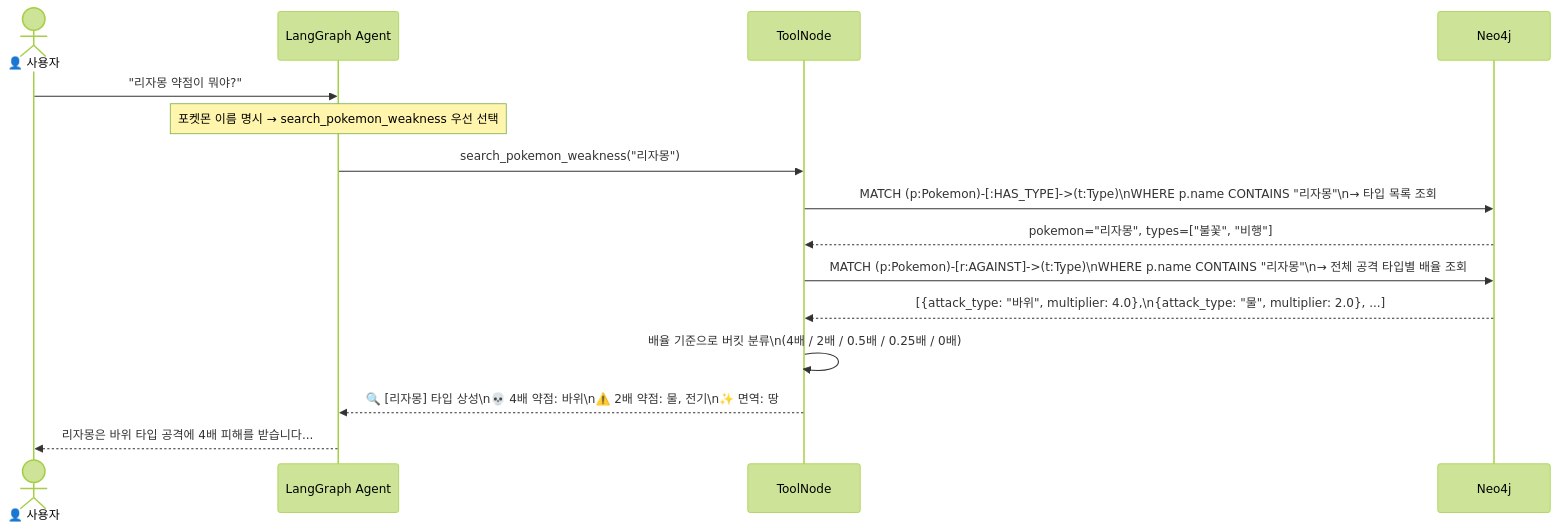
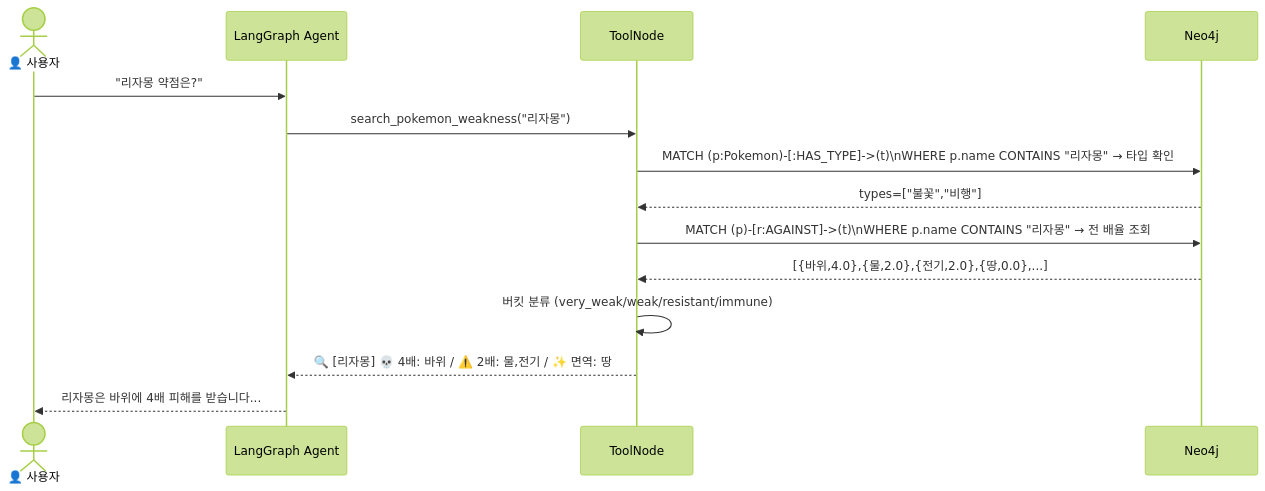
Before and after one commit to SKNETWORKS-FAMILY-AICAMP/SKN27-3rd-3TEAM: the seventh of 9 diagrams in docs/챗봇/04_시퀀스다이어그램.md, drawn with Mermaid (forest theme). The commit also changed other lines of this file and 10 other files, not shown here.

````diff
--- a/docs/챗봇/04_시퀀스다이어그램.md
+++ b/docs/챗봇/04_시퀀스다이어그램.md
@@ -137,23 +200,17 @@
 ```mermaid
 sequenceDiagram
     actor User as 👤 사용자
     participant AG as LangGraph Agent
     participant TN as ToolNode
     participant N4J as Neo4j
 
-    User->>AG: "리자몽 약점이 뭐야?"
-
-    Note over AG: 포켓몬 이름 명시 → search_pokemon_weakness 우선 선택
+    User->>AG: "리자몽 약점은?"
     AG->>TN: search_pokemon_weakness("리자몽")
-
-    TN->>N4J: MATCH (p:Pokemon)-[:HAS_TYPE]->(t:Type)\nWHERE p.name CONTAINS "리자몽"\n→ 타입 목록 조회
-    N4J-->>TN: pokemon="리자몽", types=["불꽃", "비행"]
-
-    TN->>N4J: MATCH (p:Pokemon)-[r:AGAINST]->(t:Type)\nWHERE p.name CONTAINS "리자몽"\n→ 전체 공격 타입별 배율 조회
-    N4J-->>TN: [{attack_type: "바위", multiplier: 4.0},\n{attack_type: "물", multiplier: 2.0}, ...]
-
-    TN->>TN: 배율 기준으로 버킷 분류\n(4배 / 2배 / 0.5배 / 0.25배 / 0배)
-    TN-->>AG: 🔍 [리자몽] 타입 상성\n💀 4배 약점: 바위\n⚠️ 2배 약점: 물, 전기\n✨ 면역: 땅
-
-    AG-->>User: 리자몽은 바위 타입 공격에 4배 피해를 받습니다...
+    TN->>N4J: MATCH (p:Pokemon)-[:HAS_TYPE]->(t)\nWHERE p.name CONTAINS "리자몽" → 타입 확인
+    N4J-->>TN: types=["불꽃","비행"]
+    TN->>N4J: MATCH (p)-[r:AGAINST]->(t)\nWHERE p.name CONTAINS "리자몽" → 전 배율 조회
+    N4J-->>TN: [{바위,4.0},{물,2.0},{전기,2.0},{땅,0.0},...]
+    TN->>TN: 버킷 분류 (very_weak/weak/resistant/immune)
+    TN-->>AG: 🔍 [리자몽] 💀 4배: 바위 / ⚠️ 2배: 물,전기 / ✨ 면역: 땅
+    AG-->>User: 리자몽은 바위에 4배 피해를 받습니다...
 ```
````
